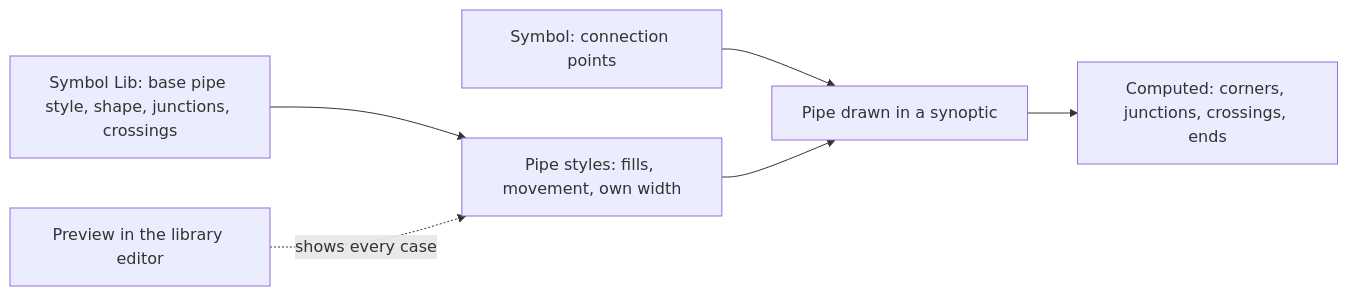
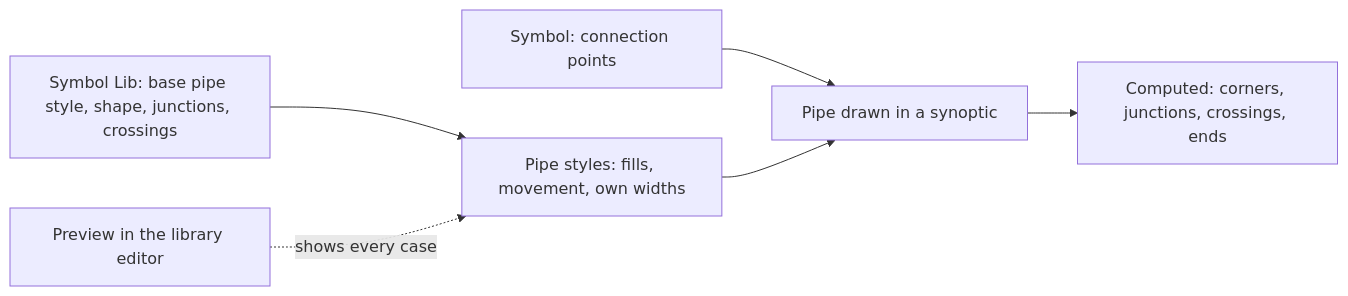
One commit to AlexandreGallais/synoptic-studio-spec changed the first of 2 diagrams in symbols/pipes/README.md. Above: the diagram before and after it, drawn with Mermaid. The commit also changed other lines of this file and 6 other files, not shown here.

````diff
--- a/symbols/pipes/README.md
+++ b/symbols/pipes/README.md
@@ -33,8 +33,8 @@
 ```mermaid
 flowchart LR
     SY["Symbol: connection points"] --> P["Pipe drawn in a synoptic"]
-    B["Symbol Lib: base pipe style, shape, junctions, crossings"] --> L["Pipe styles: fills, movement, own width"]
+    B["Symbol Lib: base pipe style, shape, junctions, crossings"] --> L["Pipe styles: fills, movement, own widths"]
     L --> P
     P --> C["Computed: corners, junctions, crossings, ends"]
     T["Preview in the library editor"] -.->|"shows every case"| L
 ```
````
